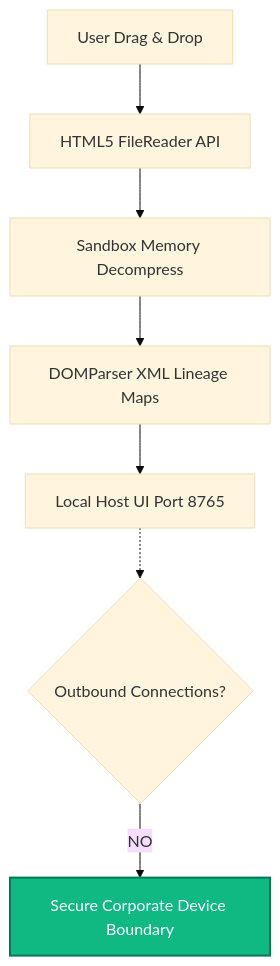
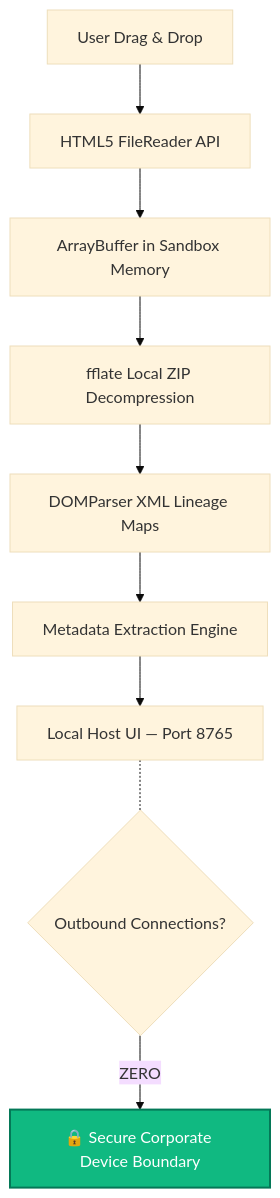
The second of 5 diagrams in content/insights/workbook-sentinel.md (vyankur/vyankur.github.io), drawn with Mermaid (base theme) before and after one commit. The commit also changed other lines of this file and 2 other files, not shown here.

````diff
--- a/content/insights/workbook-sentinel.md
+++ b/content/insights/workbook-sentinel.md
@@ -48,10 +104,12 @@
 ```mermaid
 graph TD
-    A[User Drag & Drop] --> B[HTML5 FileReader API]
-    B --> C[Sandbox Memory Decompress]
-    C --> D[DOMParser XML Lineage Maps]
-    D --> E[Local Host UI Port 8765]
-    E -.-> F{Outbound Connections?}
-    F -- NO --> G[Secure Corporate Device Boundary]
-    style G fill:#10B981,stroke:#047857,stroke-width:2px,color:#fff
+    A["User Drag & Drop"] --> B["HTML5 FileReader API"]
+    B --> C["ArrayBuffer in Sandbox Memory"]
+    C --> D["fflate Local ZIP Decompression"]
+    D --> E["DOMParser XML Lineage Maps"]
+    E --> F["Metadata Extraction Engine"]
+    F --> G["Local Host UI — Port 8765"]
+    G -.- H{"Outbound Connections?"}
+    H -- "ZERO" --> I["🔒 Secure Corporate Device Boundary"]
+    style I fill:#10B981,stroke:#047857,stroke-width:2px,color:#fff
 ```
````
